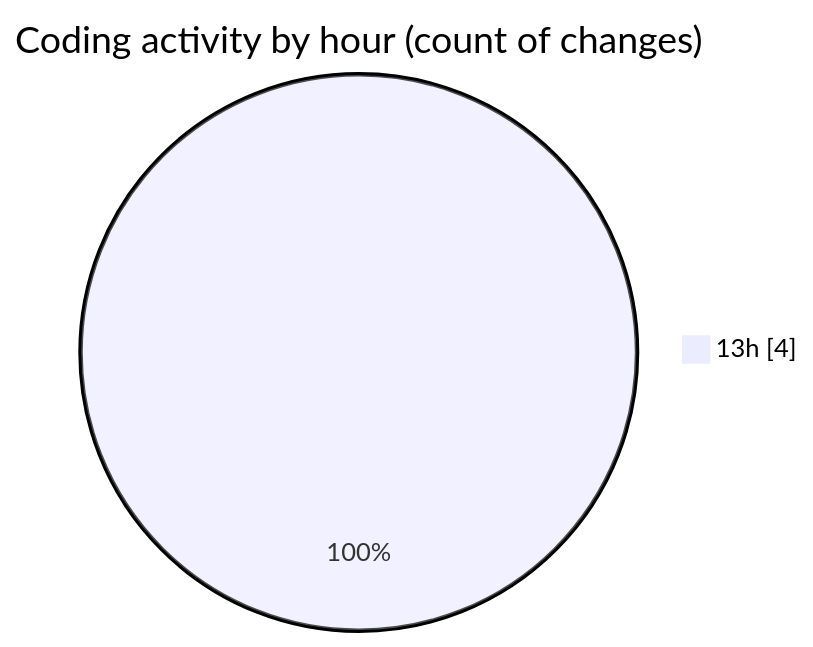
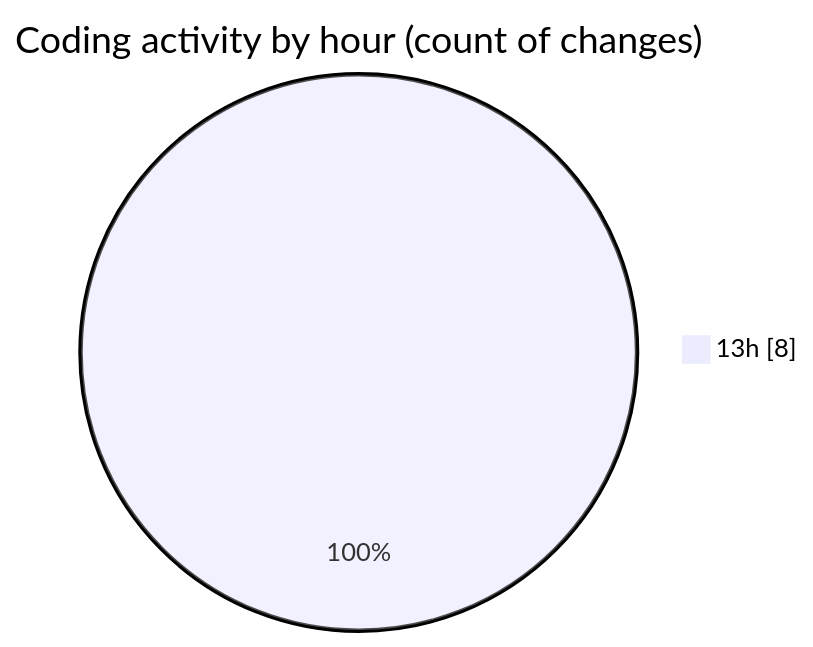
One commit to EIIisD/code-tracking changed the second of 2 diagrams in 2025-08-24/chatgpt-extension/README.md. Above: the diagram before and after it, drawn with Mermaid. The commit also changed other lines of this file and 1 other file, not shown here.

````diff
--- a/2025-08-24/chatgpt-extension/README.md
+++ b/2025-08-24/chatgpt-extension/README.md
@@ -30,5 +31,5 @@
 ```mermaid
 pie showData
 title Coding activity by hour (count of changes)
-"13h" : 4
+"13h" : 8
 ```
````
